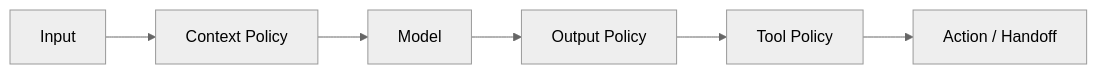
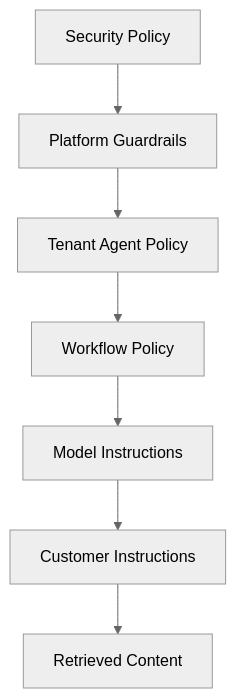
Before and after one commit to D-engahmed/OMILINKS: the third of 3 diagrams in docs/ai/guardrails.md, drawn with Mermaid (neutral theme). The commit also changed other lines of this file and 2 other files, not shown here.

Commit message:
docs: engineer ai guardrails evaluation and cost controls

````diff
--- a/docs/ai/guardrails.md
+++ b/docs/ai/guardrails.md
@@ -13,8 +152,9 @@
 ```mermaid
-flowchart LR
-IN[Input] --> CTX[Context Policy]
-CTX --> M[Model]
-M --> OUT[Output Policy]
-OUT --> TOOL[Tool Policy]
-TOOL --> ACT[Action / Handoff]
+flowchart TB
+SEC[Security Policy] --> PLATFORM[Platform Guardrails]
+PLATFORM --> TENANT[Tenant Agent Policy]
+TENANT --> WORKFLOW[Workflow Policy]
+WORKFLOW --> MODEL[Model Instructions]
+MODEL --> USER[Customer Instructions]
+USER --> DOC[Retrieved Content]
 ```
````
